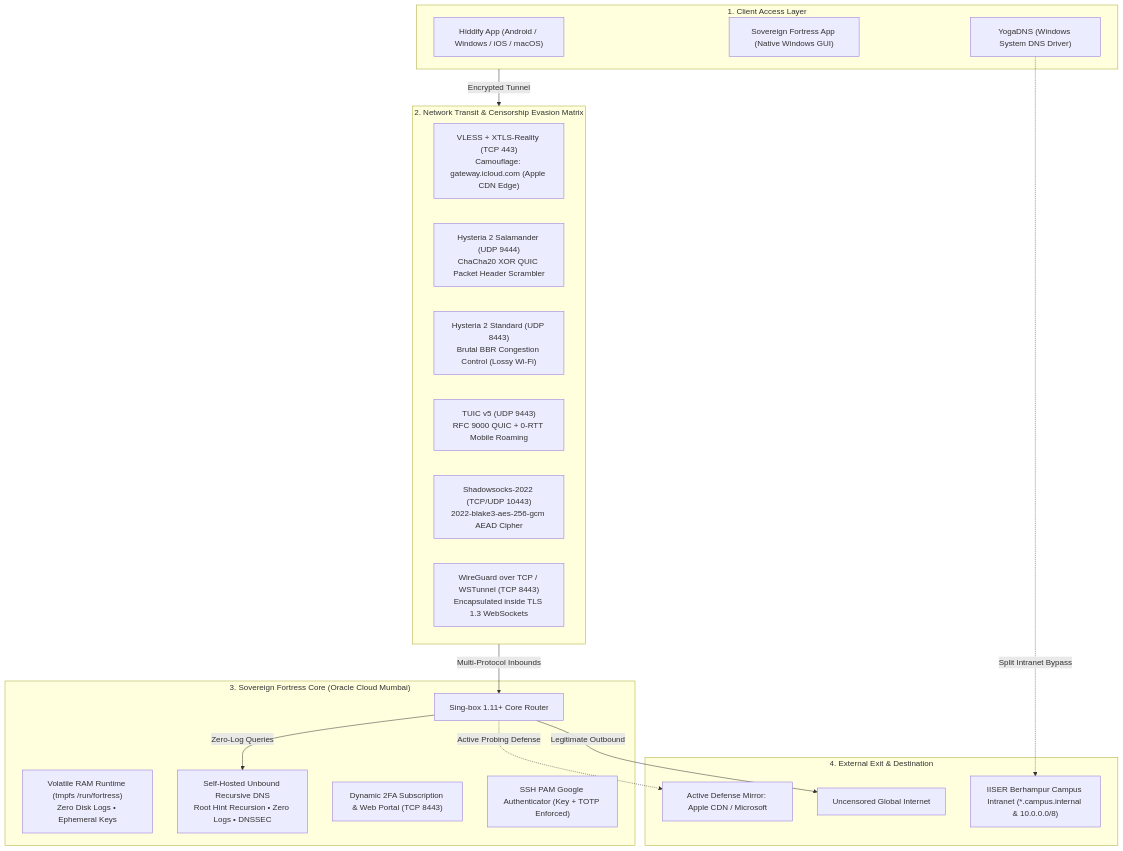
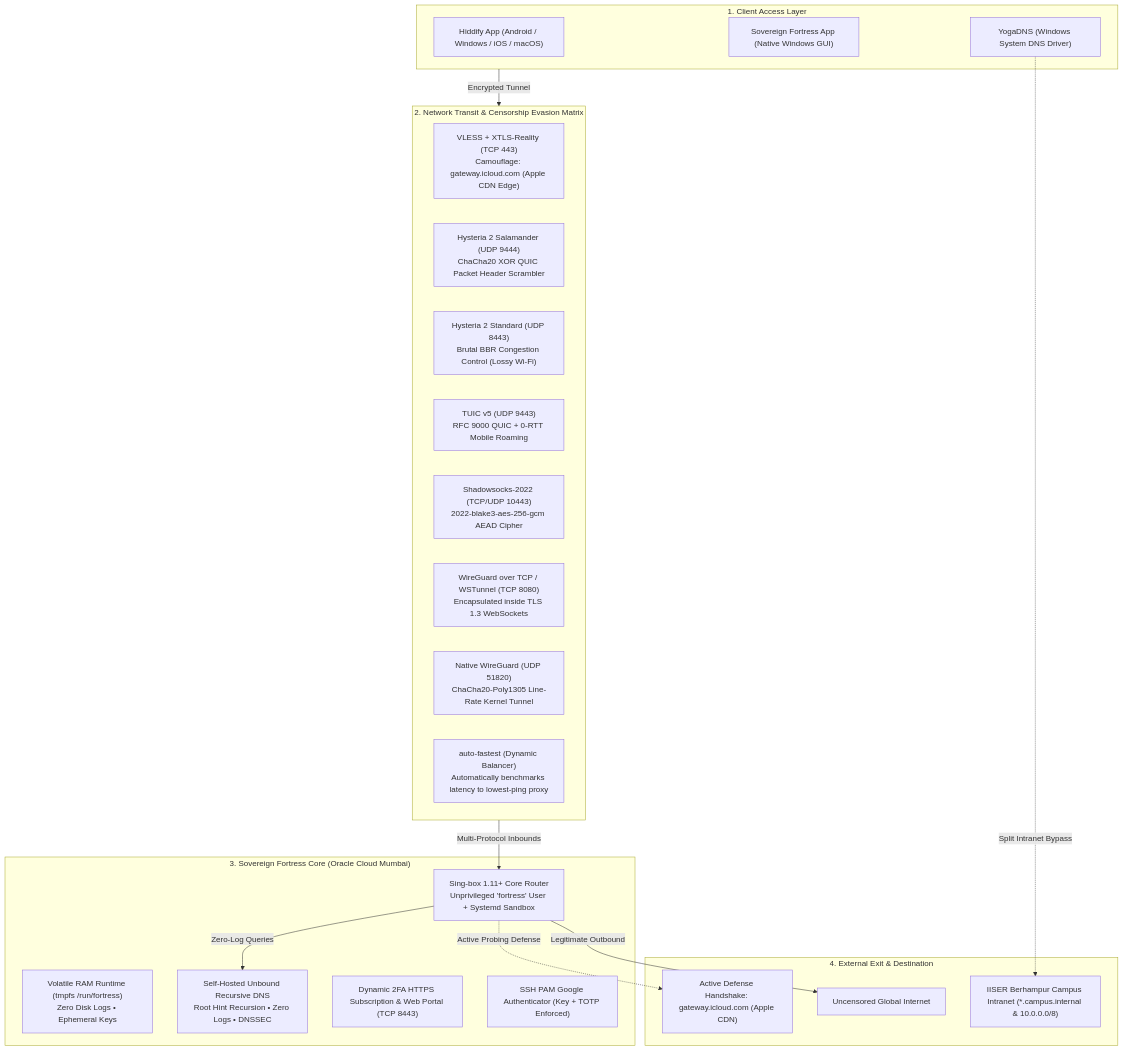
One commit to harsh593-boop/sovereign-fortress changed the first of 3 diagrams in README.md. Above: the diagram before and after it, drawn with Mermaid. The commit also changed other lines of this file and 13 other files, not shown here.

````diff
--- a/README.md
+++ b/README.md
@@ -18,38 +18,40 @@
 ```mermaid
 flowchart TD
     subgraph ClientLayer["1. Client Access Layer"]
         Hiddify["Hiddify App (Android / Windows / iOS / macOS)"]
         NativeApp["Sovereign Fortress App (Native Windows GUI)"]
         YogaDNS["YogaDNS (Windows System DNS Driver)"]
     end
 
     subgraph DefenseGrid["2. Network Transit & Censorship Evasion Matrix"]
         Reality["VLESS + XTLS-Reality (TCP 443)\nCamouflage: gateway.icloud.com (Apple CDN Edge)"]
         Salamander["Hysteria 2 Salamander (UDP 9444)\nChaCha20 XOR QUIC Packet Header Scrambler"]
         Hy2Std["Hysteria 2 Standard (UDP 8443)\nBrutal BBR Congestion Control (Lossy Wi-Fi)"]
         TUIC["TUIC v5 (UDP 9443)\nRFC 9000 QUIC + 0-RTT Mobile Roaming"]
         Shadowsocks["Shadowsocks-2022 (TCP/UDP 10443)\n2022-blake3-aes-256-gcm AEAD Cipher"]
-        WSTunnel["WireGuard over TCP / WSTunnel (TCP 8443)\nEncapsulated inside TLS 1.3 WebSockets"]
+        WSTunnel["WireGuard over TCP / WSTunnel (TCP 8080)\nEncapsulated inside TLS 1.3 WebSockets"]
+        NativeWG["Native WireGuard (UDP 51820)\nChaCha20-Poly1305 Line-Rate Kernel Tunnel"]
+        AutoFast["auto-fastest (Dynamic Balancer)\nAutomatically benchmarks latency to lowest-ping proxy"]
     end
 
     subgraph CoreEngine["3. Sovereign Fortress Core (Oracle Cloud Mumbai)"]
         RAMFS["Volatile RAM Runtime (tmpfs /run/fortress)\nZero Disk Logs • Ephemeral Keys"]
-        Singbox["Sing-box 1.11+ Core Router"]
+        Singbox["Sing-box 1.11+ Core Router\nUnprivileged 'fortress' User + Systemd Sandbox"]
         Unbound["Self-Hosted Unbound Recursive DNS\nRoot Hint Recursion • Zero Logs • DNSSEC"]
-        SubDaemon["Dynamic 2FA Subscription & Web Portal (TCP 8443)"]
+        SubDaemon["Dynamic 2FA HTTPS Subscription & Web Portal (TCP 8443)"]
         PAM2FA["SSH PAM Google Authenticator (Key + TOTP Enforced)"]
     end
 
     subgraph InternetExit["4. External Exit & Destination"]
-        Decoy["Active Defense Mirror: Apple CDN / Microsoft"]
+        Decoy["Active Defense Handshake: gateway.icloud.com (Apple CDN)"]
         PublicWeb["Uncensored Global Internet"]
         CampusLAN["IISER Berhampur Campus Intranet (*.campus.internal & 10.0.0.0/8)"]
     end
 
     ClientLayer -->|Encrypted Tunnel| DefenseGrid
     YogaDNS -.->|Split Intranet Bypass| CampusLAN
     DefenseGrid -->|Multi-Protocol Inbounds| Singbox
     Singbox -->|Zero-Log Queries| Unbound
     Singbox -->|Legitimate Outbound| PublicWeb
     Singbox -.->|Active Probing Defense| Decoy
 ```
````
